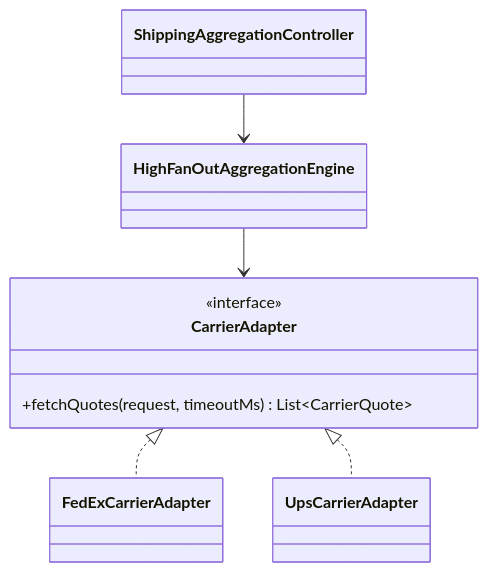
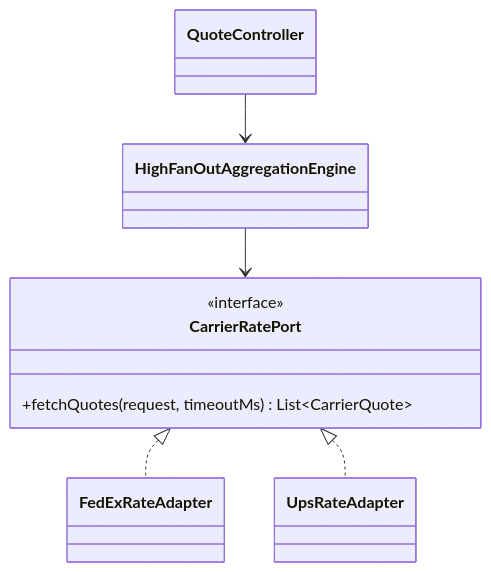
One commit to white-hf/multi-carrier-shipping changed the diagram in README.md. Above: the diagram before and after it, drawn with Mermaid. The commit also changed other lines of this file and 93 other files, not shown here.

````diff
--- a/README.md
+++ b/README.md
@@ -84,15 +84,15 @@
 ```mermaid
 classDiagram
-    class ShippingAggregationController
+    class QuoteController
     class HighFanOutAggregationEngine
-    class CarrierAdapter {
+    class CarrierRatePort {
         <<interface>>
         +fetchQuotes(request, timeoutMs) List~CarrierQuote~
     }
-    class FedExCarrierAdapter
-    class UpsCarrierAdapter
-    ShippingAggregationController --> HighFanOutAggregationEngine
-    HighFanOutAggregationEngine --> CarrierAdapter
-    CarrierAdapter <|.. FedExCarrierAdapter
-    CarrierAdapter <|.. UpsCarrierAdapter
+    class FedExRateAdapter
+    class UpsRateAdapter
+    QuoteController --> HighFanOutAggregationEngine
+    HighFanOutAggregationEngine --> CarrierRatePort
+    CarrierRatePort <|.. FedExRateAdapter
+    CarrierRatePort <|.. UpsRateAdapter
 ```
````
